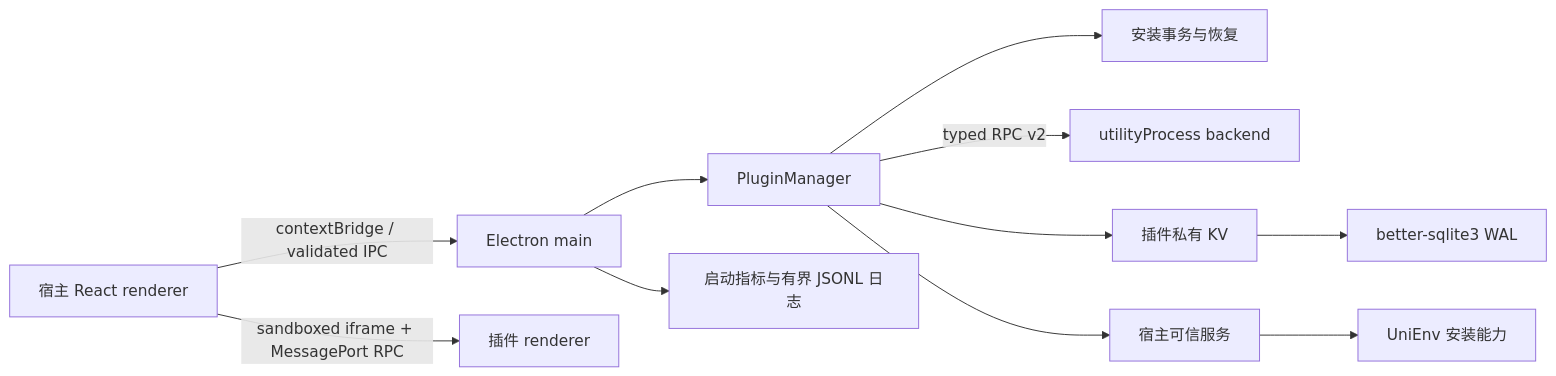
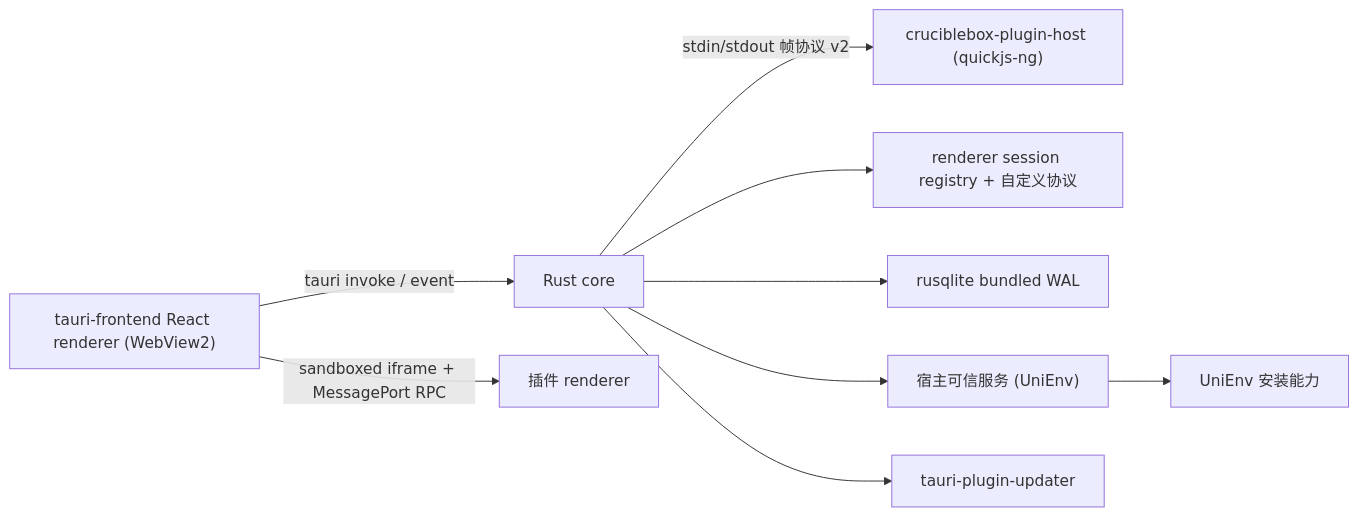
One commit to Xuancheng75/CrucibleBox changed the diagram in docs/architecture.md. Above: the diagram before and after it, drawn with Mermaid. The commit also changed other lines of this file and 75 other files, not shown here.

````diff
--- a/docs/architecture.md
+++ b/docs/architecture.md
@@ -5,13 +10,11 @@
 ```mermaid
 flowchart LR
-  UI["宿主 React renderer"] -->|"contextBridge / validated IPC"| MAIN["Electron main"]
+  UI["tauri-frontend React renderer (WebView2)"] -->|"tauri invoke / event"| CORE["Rust core"]
   UI -->|"sandboxed iframe + MessagePort RPC"| FRAME["插件 renderer"]
-  MAIN --> PM["PluginManager"]
-  PM --> INSTALL["安装事务与恢复"]
-  PM -->|"typed RPC v2"| WORKER["utilityProcess backend"]
-  PM --> STORE["插件私有 KV"]
-  PM --> TRUSTED["宿主可信服务"]
-  STORE --> DB["better-sqlite3 WAL"]
+  CORE -->|"stdin/stdout 帧协议 v2"| SIDECAR["cruciblebox-plugin-host (quickjs-ng)"]
+  CORE --> SESSION["renderer session registry + 自定义协议"]
+  CORE --> DB["rusqlite bundled WAL"]
+  CORE --> TRUSTED["宿主可信服务 (UniEnv)"]
   TRUSTED --> UNIENV["UniEnv 安装能力"]
-  MAIN --> OBS["启动指标与有界 JSONL 日志"]
+  CORE --> UPDATER["tauri-plugin-updater"]
 ```
````
